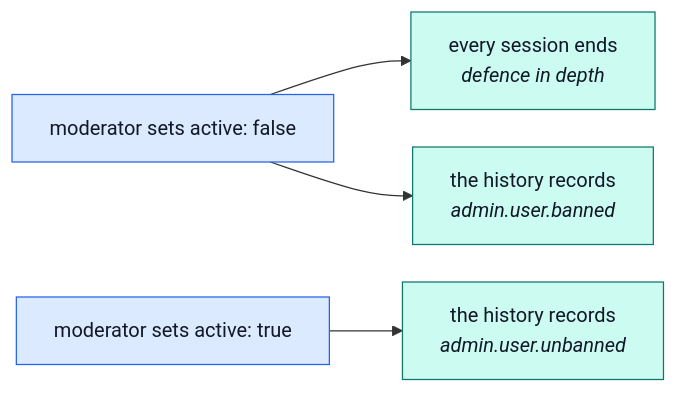
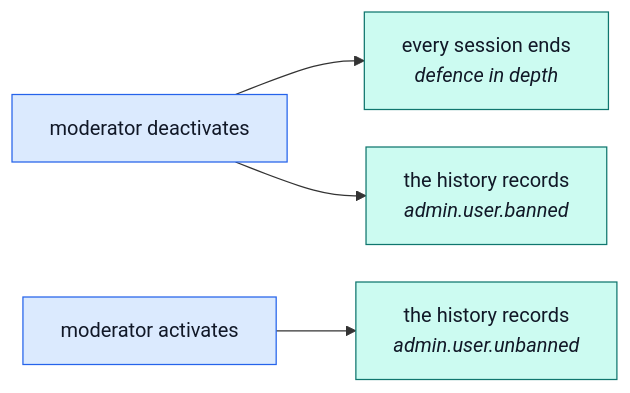
Before and after one commit to Guebbit/boilerplate-node-backend: the first of 3 diagrams in docs/demo-ecommerce/moderator.md, drawn with Mermaid. The commit also changed other lines of this file and 44 other files, not shown here.

````diff
--- a/docs/demo-ecommerce/moderator.md
+++ b/docs/demo-ecommerce/moderator.md
@@ -26,12 +25,12 @@
 ```mermaid
 %%{init: {'flowchart': {'nodeSpacing': 30, 'rankSpacing': 55}}}%%
 flowchart LR
-    A["moderator sets active: false"] --> B["every session ends<br/><i>defence in depth</i>"]
+    A["moderator deactivates"] --> B["every session ends<br/><i>defence in depth</i>"]
     A --> C["the history records<br/><i>admin.user.banned</i>"]
-    D["moderator sets active: true"] --> E["the history records<br/><i>admin.user.unbanned</i>"]
+    D["moderator activates"] --> E["the history records<br/><i>admin.user.unbanned</i>"]
 
     classDef act fill:#dbeafe,stroke:#2563eb,color:#111827;
     classDef effect fill:#ccfbf1,stroke:#0f766e,color:#111827;
     class A,D act;
     class B,C,E effect;
 ```
````
